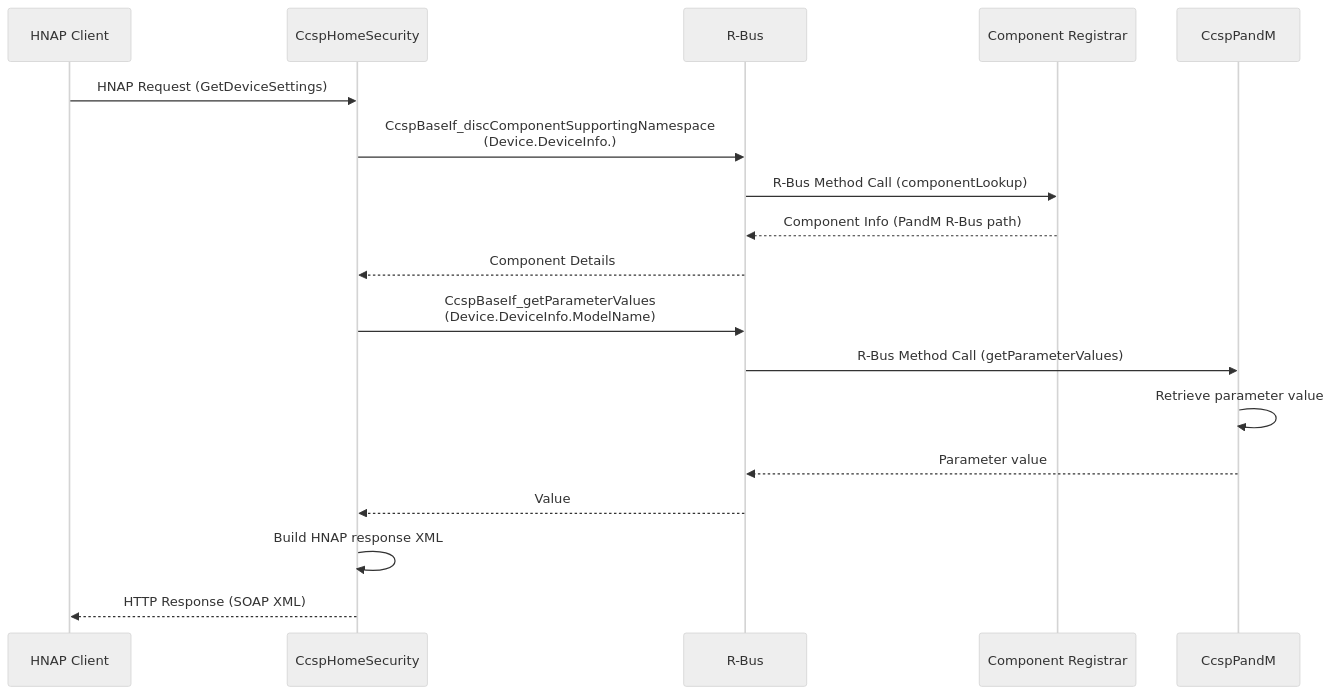
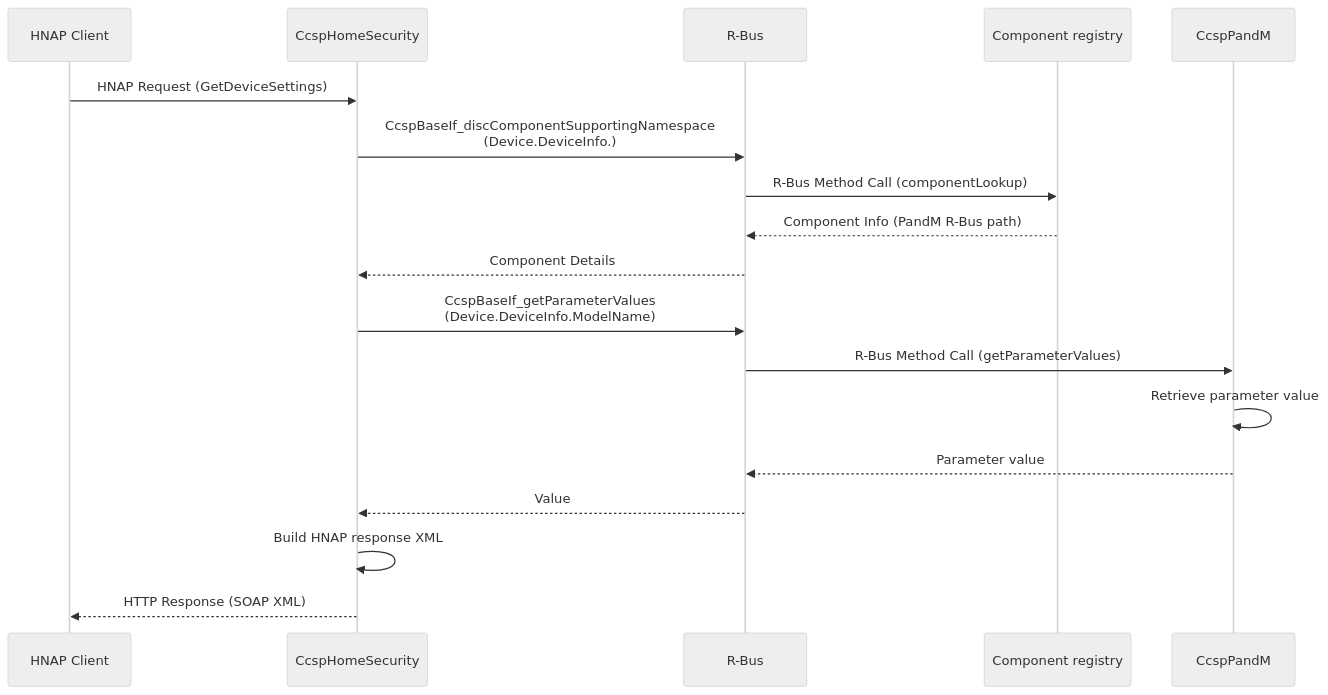
The sixth of 7 diagrams in docs/docu/dec17/home-security-documentation-feb27.md (rns21/RDK_Documentation), drawn with Mermaid (neutral theme) before and after one commit. The commit also changed other lines of this file, not shown here.

````diff
--- a/docs/docu/dec17/home-security-documentation-feb27.md
+++ b/docs/docu/dec17/home-security-documentation-feb27.md
@@ -322,23 +322,23 @@
 ```mermaid
 sequenceDiagram
     participant Client as HNAP Client
     participant Server as CcspHomeSecurity
     participant MBus as R-Bus
-    participant CR as Component Registrar
+    participant CR as Component registry
     participant PandM as CcspPandM
     
     Client->>Server: HNAP Request (GetDeviceSettings)
     Server->>MBus: CcspBaseIf_discComponentSupportingNamespace<br/>(Device.DeviceInfo.)
     MBus->>CR: R-Bus Method Call (componentLookup)
     CR-->>MBus: Component Info (PandM R-Bus path)
     MBus-->>Server: Component Details
     
     Server->>MBus: CcspBaseIf_getParameterValues<br/>(Device.DeviceInfo.ModelName)
     MBus->>PandM: R-Bus Method Call (getParameterValues)
     PandM->>PandM: Retrieve parameter value
     PandM-->>MBus: Parameter value
     MBus-->>Server: Value
     
     Server->>Server: Build HNAP response XML
     Server-->>Client: HTTP Response (SOAP XML)
 ```
````
